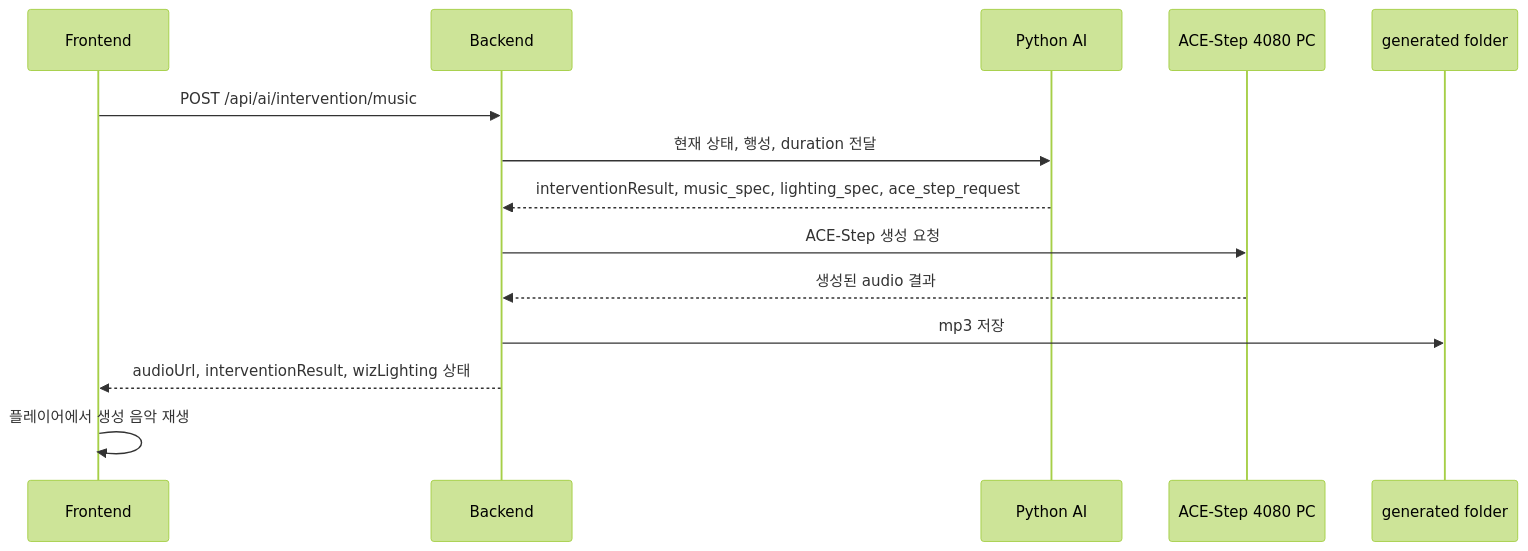
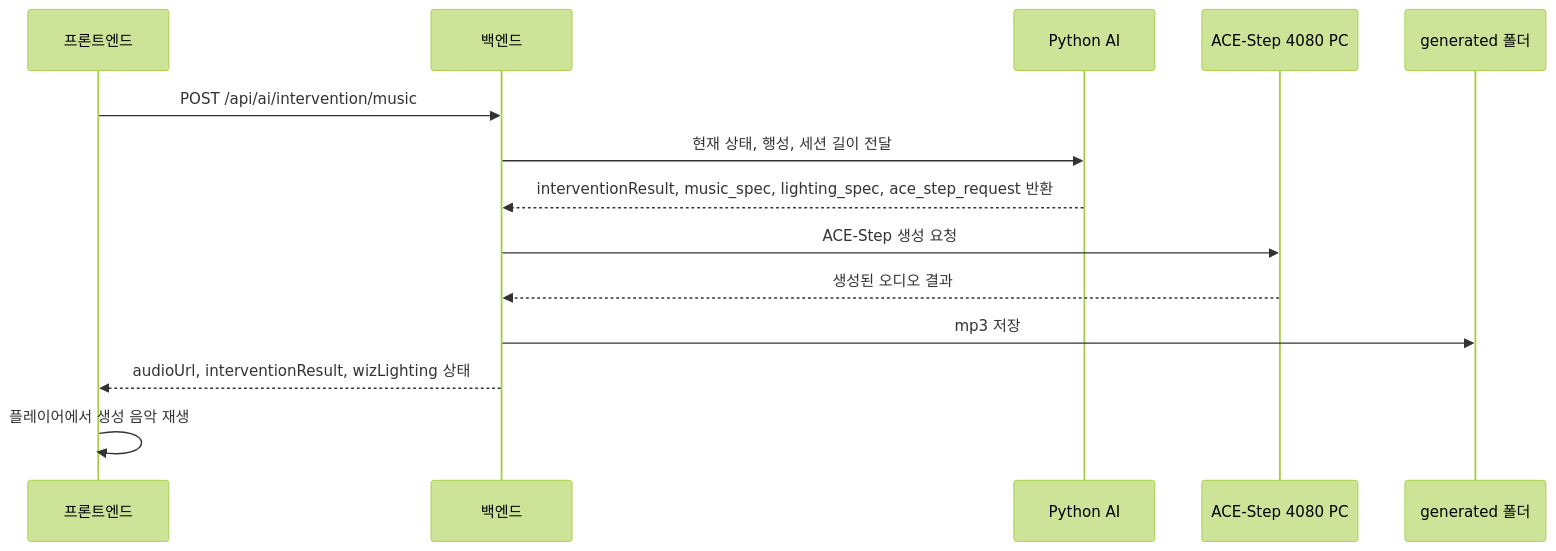
The fourth of 7 diagrams in docs/system-flow-diagrams/README.md (soonha01/noosbeta260215), drawn with Mermaid (forest theme) before and after one commit. The commit also changed other lines of this file and 7 other files, not shown here.

````diff
--- a/docs/system-flow-diagrams/README.md
+++ b/docs/system-flow-diagrams/README.md
@@ -68,17 +68,17 @@
 ```mermaid
 sequenceDiagram
-  participant F as Frontend
-  participant B as Backend
+  participant F as 프론트엔드
+  participant B as 백엔드
   participant P as Python AI
   participant A as ACE-Step 4080 PC
-  participant G as generated folder
+  participant G as generated 폴더
 
   F->>B: POST /api/ai/intervention/music
-  B->>P: 현재 상태, 행성, duration 전달
-  P-->>B: interventionResult, music_spec, lighting_spec, ace_step_request
+  B->>P: 현재 상태, 행성, 세션 길이 전달
+  P-->>B: interventionResult, music_spec, lighting_spec, ace_step_request 반환
   B->>A: ACE-Step 생성 요청
-  A-->>B: 생성된 audio 결과
+  A-->>B: 생성된 오디오 결과
   B->>G: mp3 저장
   B-->>F: audioUrl, interventionResult, wizLighting 상태
   F->>F: 플레이어에서 생성 음악 재생
 ```
````
